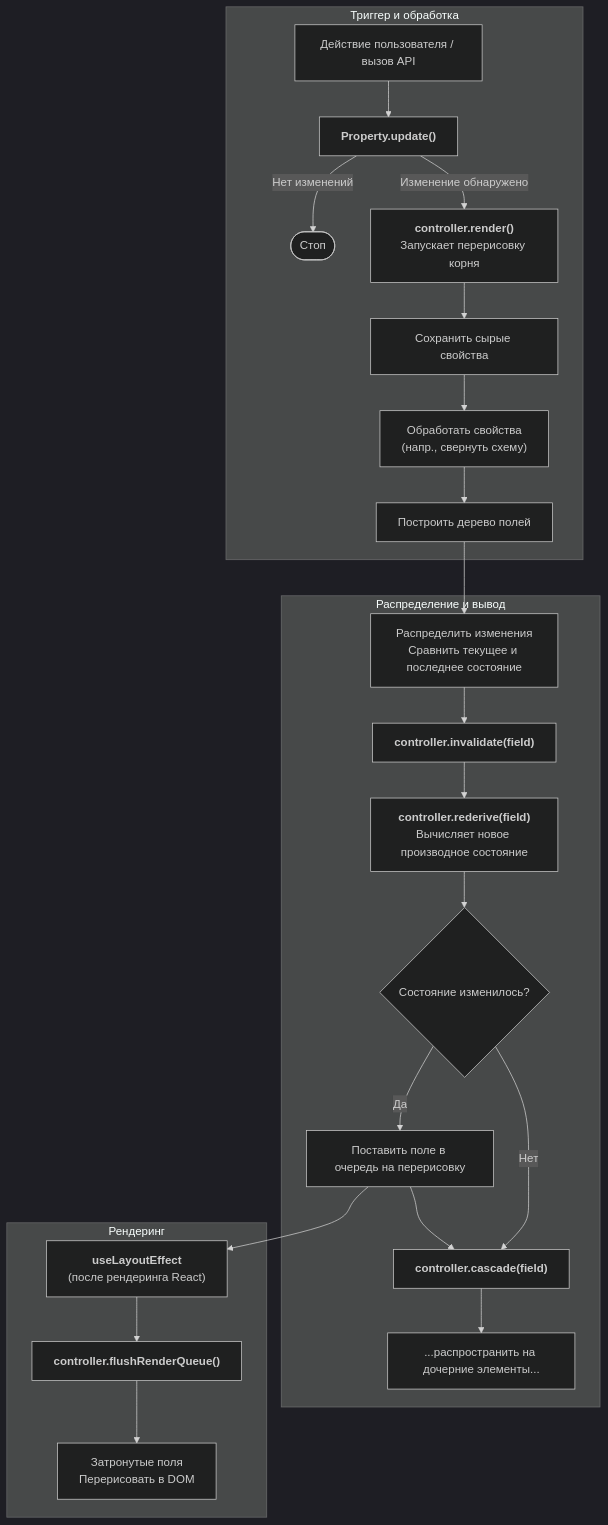
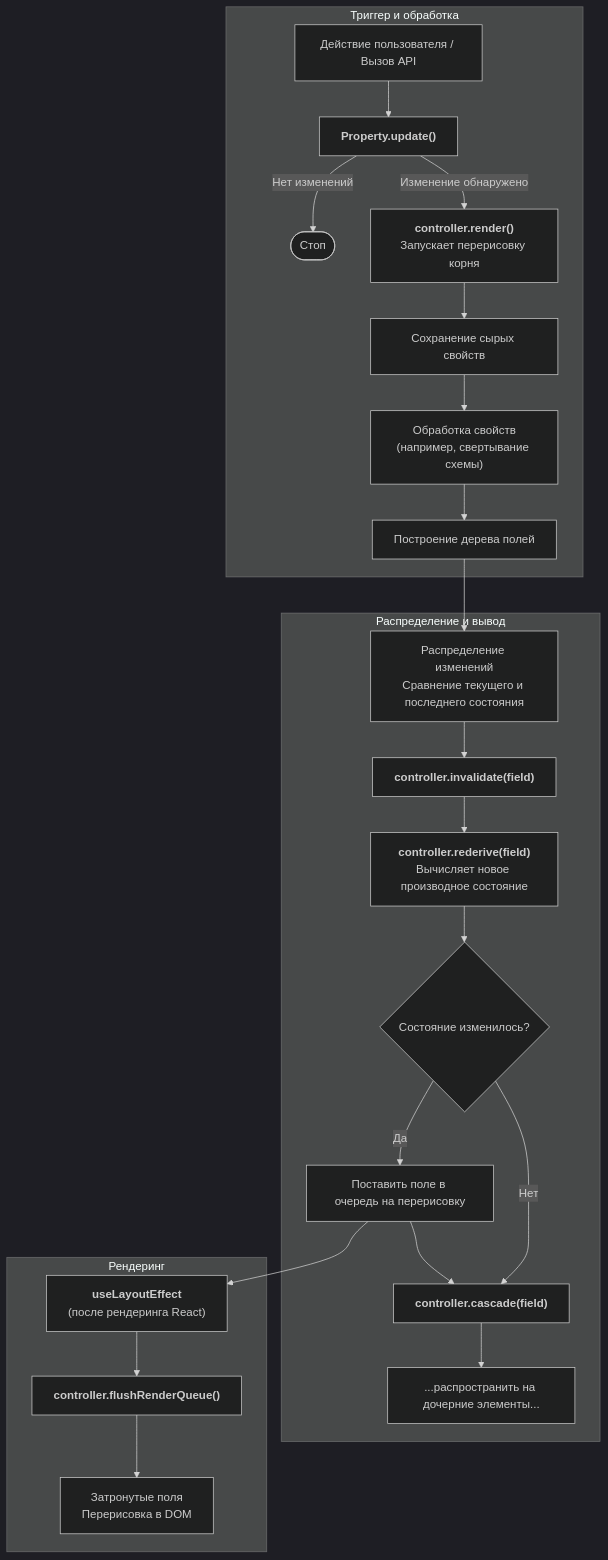
The diagram in translations/ru/acts/802_package_ui.md (idealic-ai/docs), drawn with Mermaid (dark theme) before and after one commit. The commit also changed other lines of this file and 3 other files, not shown here.

````diff
--- a/translations/ru/acts/802_package_ui.md
+++ b/translations/ru/acts/802_package_ui.md
@@ -78,28 +163,28 @@
 ```mermaid
 graph TD
     subgraph "Триггер и обработка"
-        A["Действие пользователя / вызов API"] --> B["<b>Property.update()</b>"];
+        A["Действие пользователя / Вызов API"] --> B["<b>Property.update()</b>"];
         B -- "Нет изменений" --> Stop([Стоп]);
         B -- "Изменение обнаружено" --> C["<b>controller.render()</b><br/>Запускает перерисовку корня"];
-        C --> D["Сохранить сырые свойства"];
-        D --> E["Обработать свойства<br/>(напр., свернуть схему)"];
-        E --> F["Построить дерево полей"];
+        C --> D["Сохранение сырых свойств"];
+        D --> E["Обработка свойств<br/>(например, свертывание схемы)"];
+        E --> F["Построение дерева полей"];
     end
 
     subgraph "Распределение и вывод"
-        F --> G["Распределить изменения<br/>Сравнить текущее и последнее состояние"];
+        F --> G["Распределение изменений<br/>Сравнение текущего и последнего состояния"];
         G --> H["<b>controller.invalidate(field)</b>"];
         H --> I["<b>controller.rederive(field)</b><br/>Вычисляет новое производное состояние"];
         I --> J{"Состояние изменилось?"};
         J -- Да --> K["Поставить поле в очередь на перерисовку"];
         J -- Нет --> L;
         K --> L["<b>controller.cascade(field)</b>"];
         L --> M["...распространить на дочерние элементы..."];
     end
 
     subgraph "Рендеринг"
         K --> N["<b>useLayoutEffect</b><br/>(после рендеринга React)"];
         N --> O["<b>controller.flushRenderQueue()</b>"];
-        O --> P["Затронутые поля<br/>Перерисовать в DOM"];
+        O --> P["Затронутые поля<br/>Перерисовка в DOM"];
     end
 ```
````
